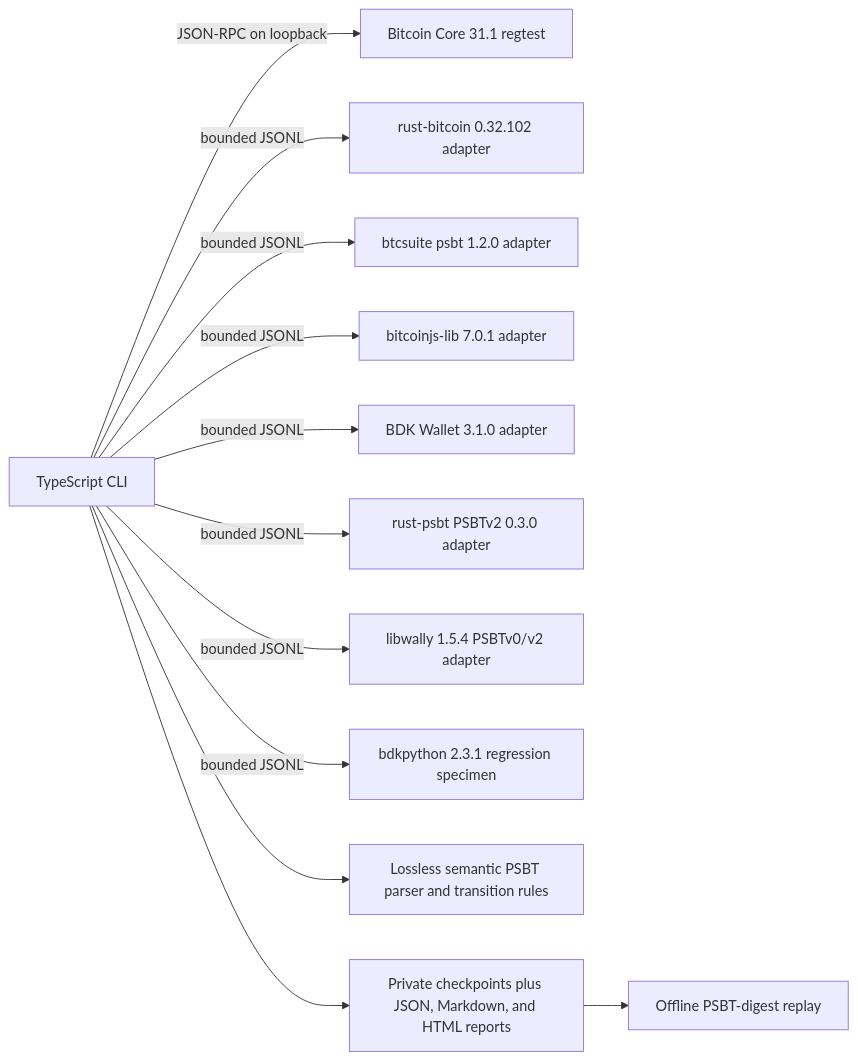
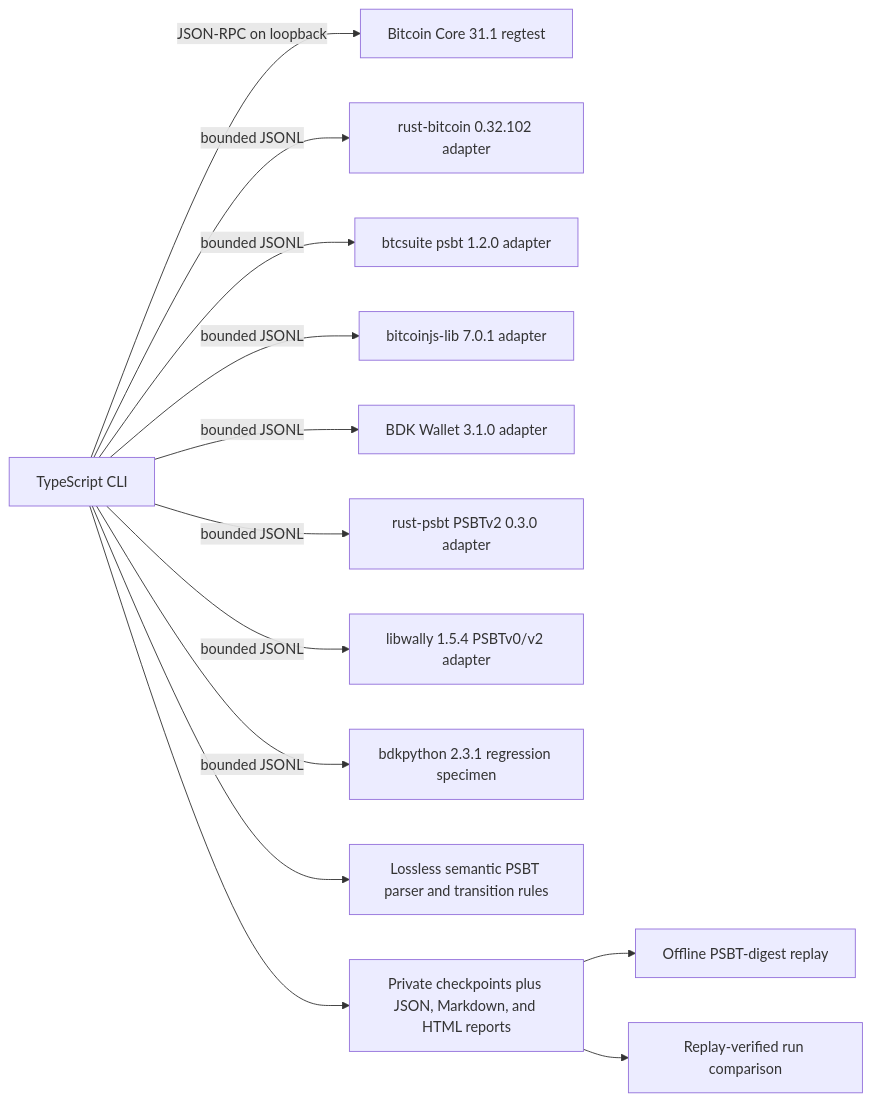
The diagram in docs/architecture.md (GautamBytes/psbt-interop-lab), drawn with Mermaid before and after one commit. The commit also changed other lines of this file and 3 other files, not shown here.

````diff
--- a/docs/architecture.md
+++ b/docs/architecture.md
@@ -10,14 +10,15 @@
 ```mermaid
 flowchart LR
   CLI["TypeScript CLI"] -->|"JSON-RPC on loopback"| Core["Bitcoin Core 31.1 regtest"]
   CLI -->|"bounded JSONL"| Rust["rust-bitcoin 0.32.102 adapter"]
   CLI -->|"bounded JSONL"| Go["btcsuite psbt 1.2.0 adapter"]
   CLI -->|"bounded JSONL"| JS["bitcoinjs-lib 7.0.1 adapter"]
   CLI -->|"bounded JSONL"| BDK["BDK Wallet 3.1.0 adapter"]
   CLI -->|"bounded JSONL"| V2["rust-psbt PSBTv2 0.3.0 adapter"]
   CLI -->|"bounded JSONL"| Wally["libwally 1.5.4 PSBTv0/v2 adapter"]
   CLI -->|"bounded JSONL"| Frozen["bdkpython 2.3.1 regression specimen"]
   CLI --> Facts["Lossless semantic PSBT parser and transition rules"]
   CLI --> Artifacts["Private checkpoints plus JSON, Markdown, and HTML reports"]
   Artifacts --> Replay["Offline PSBT-digest replay"]
+  Artifacts --> Compare["Replay-verified run comparison"]
 ```
````
